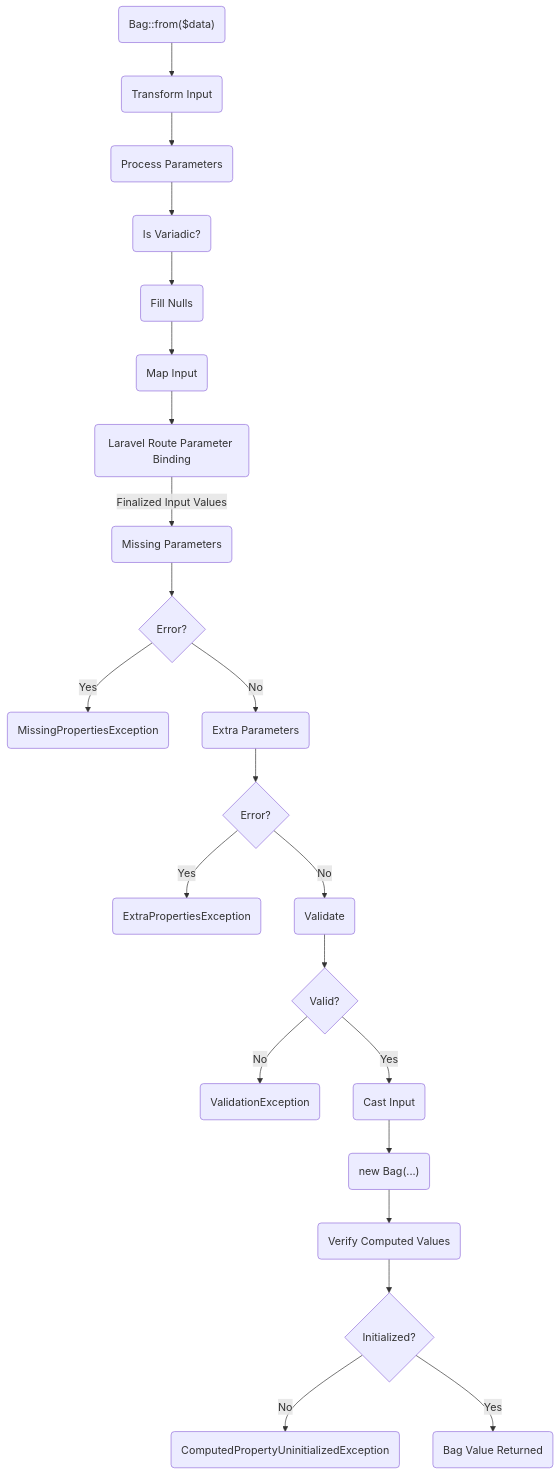
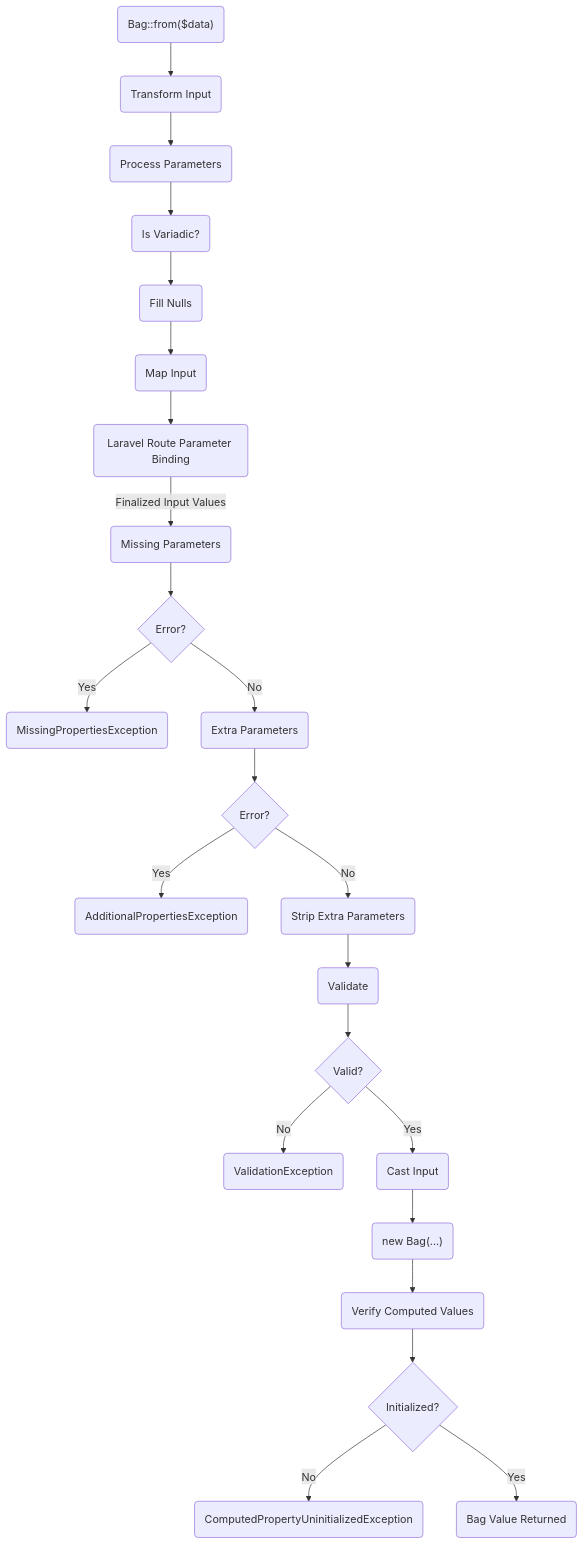
Before and after one commit to dshafik/bag: the first of 5 diagrams in docs/how-bag-works.md, drawn with Mermaid. The commit also changed other lines of this file and 2 other files, not shown here.

Commit message:
docs: Update docs to cover SkipExtraParameters attribute

````diff
--- a/docs/how-bag-works.md
+++ b/docs/how-bag-works.md
@@ -22,43 +22,45 @@
 ```mermaid
 graph TD;
 start("Bag::from($data)")
 --> transform(Transform Input)
 --> process(Process Parameters) 
 --> variadic(Is Variadic?)
 --> fillNulls(Fill Nulls)
 --> mapInput(Map Input)
 --> laravelParams(Laravel Route Parameter Binding)
 -- Finalized Input Values --> missing(Missing Parameters) --> missingError{Error?}
 missingError -- Yes --> errorMissingParameters(MissingPropertiesException)
 missingError -- No --> extra(Extra Parameters) --> extraError{Error?}
-extraError -- Yes --> errorExtraParameters(ExtraPropertiesException)
-extraError -- No --> validate(Validate)
+extraError -- Yes --> errorExtraParameters(AdditionalPropertiesException)
+extraError -- No --> strip(Strip Extra Parameters)
+--> validate(Validate)
 --> valid{Valid?}
 valid -- No --> errorValidation(ValidationException)
 valid -- Yes --> cast(Cast Input)
 --> construct("new Bag(...)")
 --> computed(Verify Computed Values)
 --> initialized{Initialized?}
 initialized -- No --> errorInitialization(ComputedPropertyUninitializedException)
 initialized -- Yes
 --> bag(Bag Value Returned)
 
 class start mermaid-start
 class missingError,extraError,valid,initialized mermaid-decision
 class bag mermaid-end
 class errorMissingParameters,errorExtraParameters,errorValidation,errorInitialization mermaid-error
 
 click start "https://github.com/dshafik/bag/blob/main/src/Bag/Bag.php" _blank
 click transform "https://github.com/dshafik/bag/blob/main/src/Bag/Pipelines/Pipes/Transform.php" _blank
 click process "https://github.com/dshafik/bag/blob/main/src/Bag/Pipelines/Pipes/ProcessParameters.php" _blank
 click variadic "https://github.com/dshafik/bag/blob/main/src/Bag/Pipelines/Pipes/IsVariadic.php" _blank
 click fillNull "https://github.com/dshafik/bag/blob/main/src/Bag/Pipelines/Pipes/FillNulls.php" _blank
 click mapInput "https://github.com/dshafik/bag/blob/main/src/Bag/Pipelines/Pipes/MapInput.php" _blank
 click laravelParams "https://github.com/dshafik/bag/blob/main/src/Bag/Pipelines/Pipes/LaravelRouteParameters.php" _blank
 click missing "https://github.com/dshafik/bag/blob/main/src/Bag/Pipelines/Pipes/MissingParameters.php" _blank
 click extra "https://github.com/dshafik/bag/blob/main/src/Bag/Pipelines/Pipes/ExtraParameters.php" _blank
+click strip "https://github.com/dshafik/bag/blob/main/src/Bag/Pipelines/Pipes/StripExtraParameters.php" _blank
 click validate "https://github.com/dshafik/bag/blob/main/src/Bag/Pipelines/Pipes/Validate.php" _blank
 click cast "https://github.com/dshafik/bag/blob/main/src/Bag/Pipelines/Pipes/CastInputValues.php" _blank
 click construct "https://github.com/dshafik/bag/blob/main/src/Bag/Pipelines/Pipes/FillBag.php" _blank
 click computed "https://github.com/dshafik/bag/blob/main/src/Bag/Pipelines/Pipes/ComputedValues.php" _blank
 ```
````
